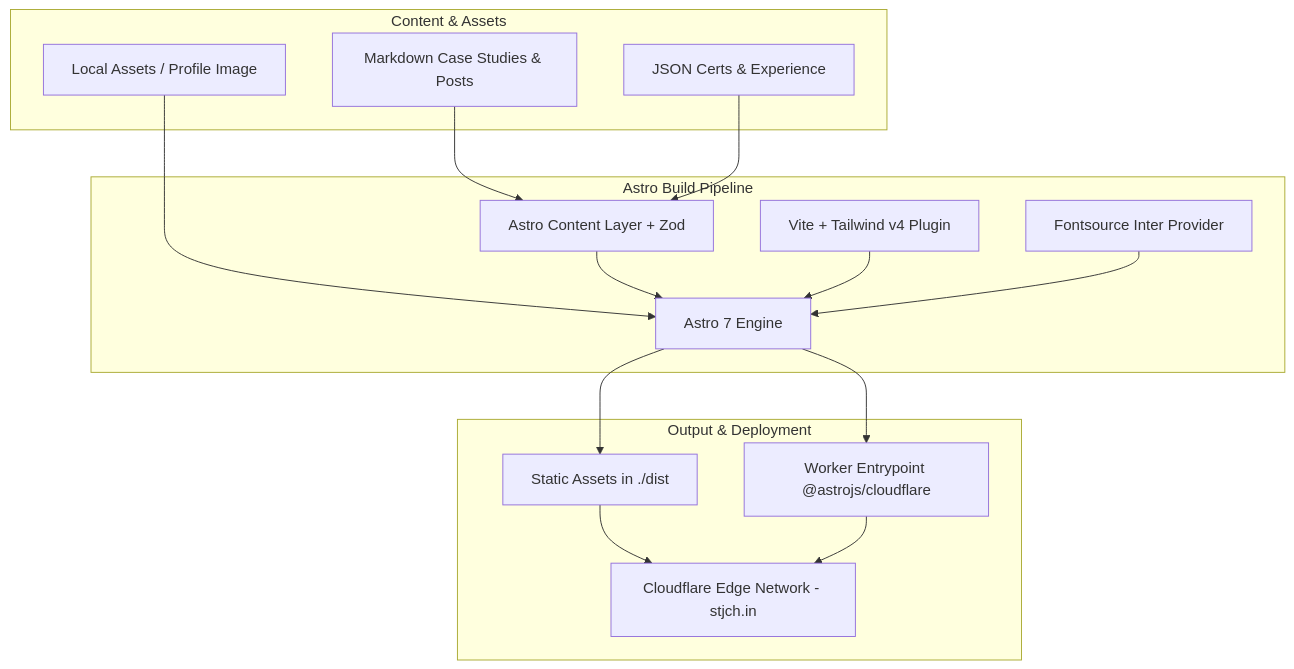
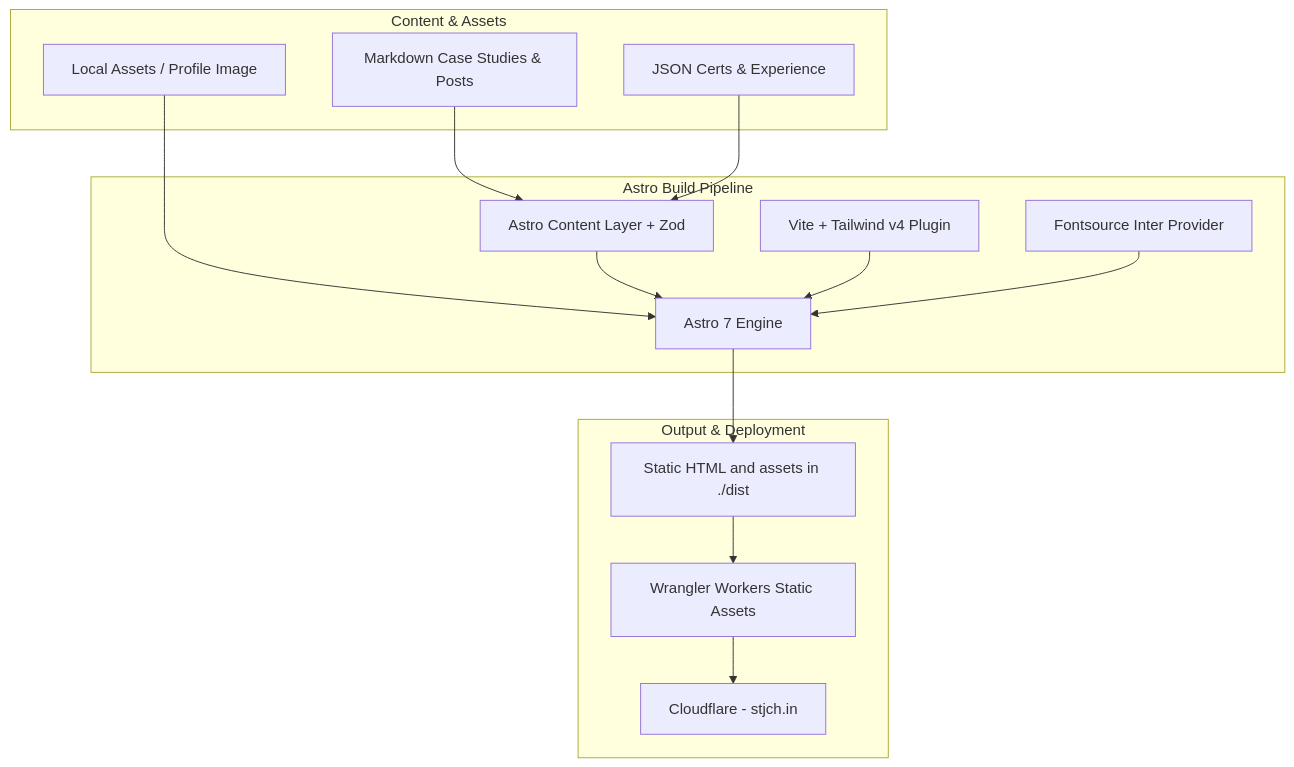
Before and after one commit to satyatulasijalandharch/satyatulasijalandharch: the diagram in docs/01-architecture-overview.md, drawn with Mermaid. The commit also changed other lines of this file and 24 other files, not shown here.

````diff
--- a/docs/01-architecture-overview.md
+++ b/docs/01-architecture-overview.md
@@ -9,32 +9,31 @@
 ```mermaid
 graph TD
     subgraph Content & Assets
         MD[Markdown Case Studies & Posts]
         JSON[JSON Certs & Experience]
         IMG[Local Assets / Profile Image]
     end
 
     subgraph Astro Build Pipeline
         Astro[Astro 7 Engine]
         Vite[Vite + Tailwind v4 Plugin]
         Layer[Astro Content Layer + Zod]
         Font[Fontsource Inter Provider]
     end
 
     subgraph Output & Deployment
-        Static[Static Assets in ./dist]
-        Server[Worker Entrypoint @astrojs/cloudflare]
-        CF[Cloudflare Edge Network - stjch.in]
+      Static[Static HTML and assets in ./dist]
+      Wrangler[Wrangler Workers Static Assets]
+      CF[Cloudflare - stjch.in]
     end
 
     MD --> Layer
     JSON --> Layer
     IMG --> Astro
     Layer --> Astro
     Vite --> Astro
     Font --> Astro
     Astro --> Static
-    Astro --> Server
-    Static --> CF
-    Server --> CF
+    Static --> Wrangler
+    Wrangler --> CF
 ```
````
